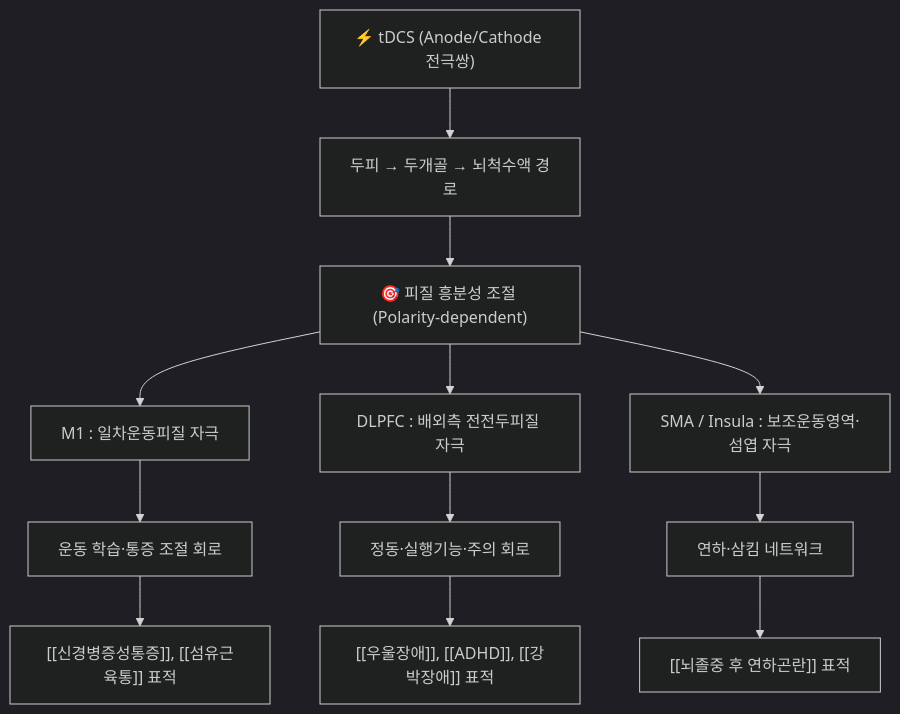
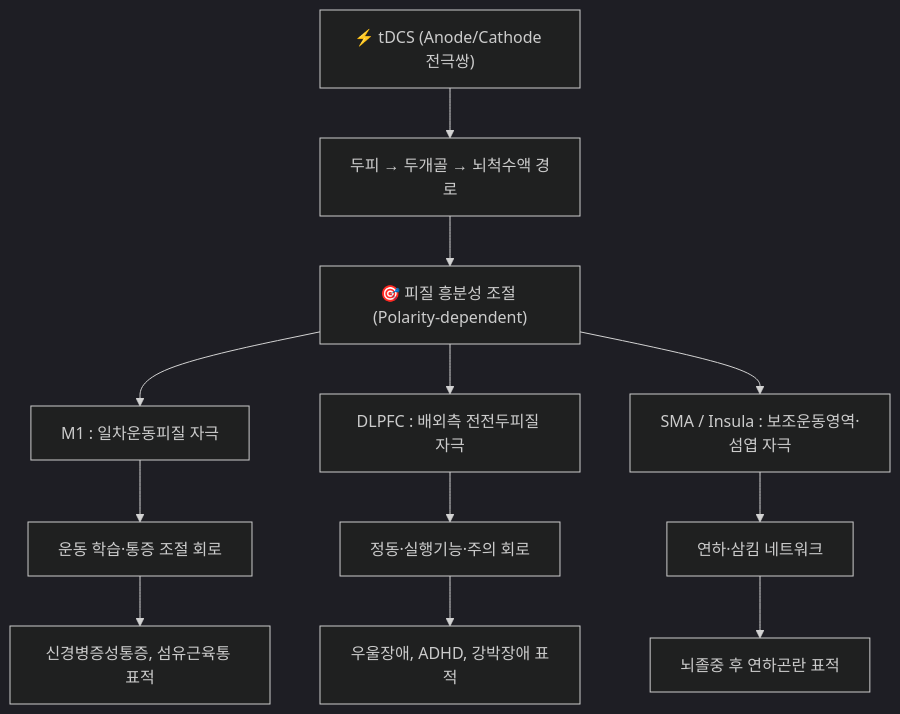
Before and after one commit to simbio11/simbio-digital-garden2: the diagram in content/3. 이론 공부/의학개념/신경생리·수용기/tDCS.md, drawn with Mermaid (dark theme). The commit also changed other lines of this file and 424 other files, not shown here.

````diff
--- a/content/3. 이론 공부/의학개념/신경생리·수용기/tDCS.md
+++ b/content/3. 이론 공부/의학개념/신경생리·수용기/tDCS.md
@@ -84,14 +57,14 @@
 ```mermaid
 graph TD
     A["⚡ tDCS (Anode/Cathode 전극쌍)"] --> B["두피 → 두개골 → 뇌척수액 경로"]
     B --> C["🎯 피질 흥분성 조절 (Polarity-dependent)"]
     C --> D["M1 : 일차운동피질 자극"]
     C --> E["DLPFC : 배외측 전전두피질 자극"]
     C --> F["SMA / Insula : 보조운동영역·섬엽 자극"]
     D --> G["운동 학습·통증 조절 회로"]
     E --> H["정동·실행기능·주의 회로"]
     F --> I["연하·삼킴 네트워크"]
-    G --> J["[[신경병증성통증]], [[섬유근육통]] 표적"]
-    H --> K["[[우울장애]], [[ADHD]], [[강박장애]] 표적"]
-    I --> L["[[뇌졸중 후 연하곤란]] 표적"]
+    G --> J["신경병증성통증, 섬유근육통 표적"]
+    H --> K["우울장애, ADHD, 강박장애 표적"]
+    I --> L["뇌졸중 후 연하곤란 표적"]
 ```
````
